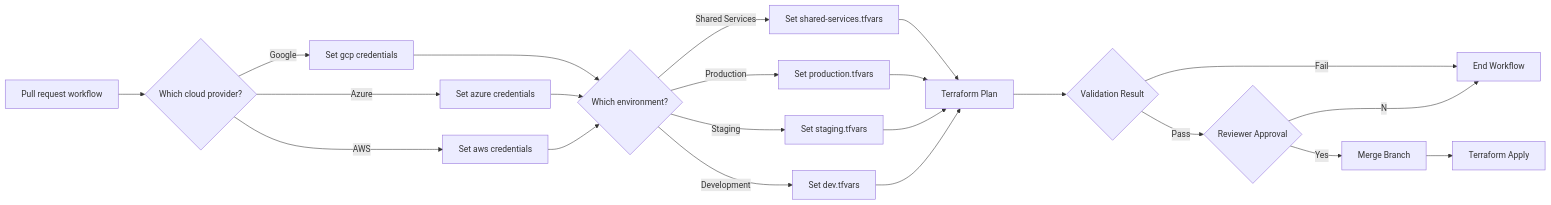
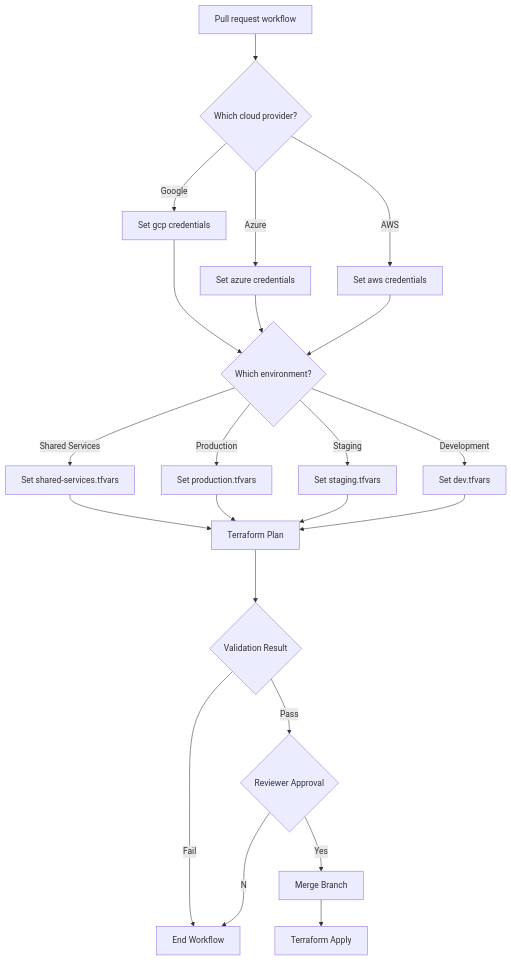
The first of 2 diagrams in README.md (jaylabs/github-actions-with-terraform), drawn with Mermaid before and after one commit.

````diff
--- a/README.md
+++ b/README.md
@@ -29,31 +29,31 @@
 ```mermaid
-  flowchart LR;
+  graph TD;
       A[Pull request workflow]-->B{Which cloud provider?};
 
      
       B--Google-->C1["Set gcp credentials"];
       B--Azure-->C2["Set azure credentials"];
       B--AWS-->C3["Set aws credentials"];
             
       C1--->W{Which environment?};
       C2-->W{Which environment?};
       C3-->W{Which environment?};
             
       W--Shared Services-->E1["Set shared-services.tfvars"];
       W--Production-->E2["Set production.tfvars"];
       W--Staging-->E3["Set staging.tfvars"];
       W--Development-->E4["Set dev.tfvars"];
       
       E1-->P[Terraform Plan];
       E2-->P[Terraform Plan];
       E3-->P[Terraform Plan];
       E4-->P[Terraform Plan];
          
       P--->V{"Validation Result"};
             
       V--Fail-->K["End Workflow"];
       V--Pass-->F{"Reviewer Approval"};
       F--Yes-->I["Merge Branch"];
       I-->H["Terraform Apply"];
       F--No-->K["End Workflow"];
 ```
````
